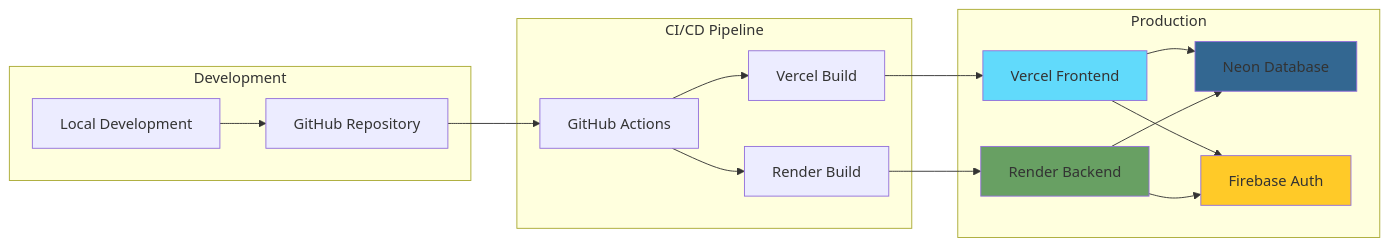
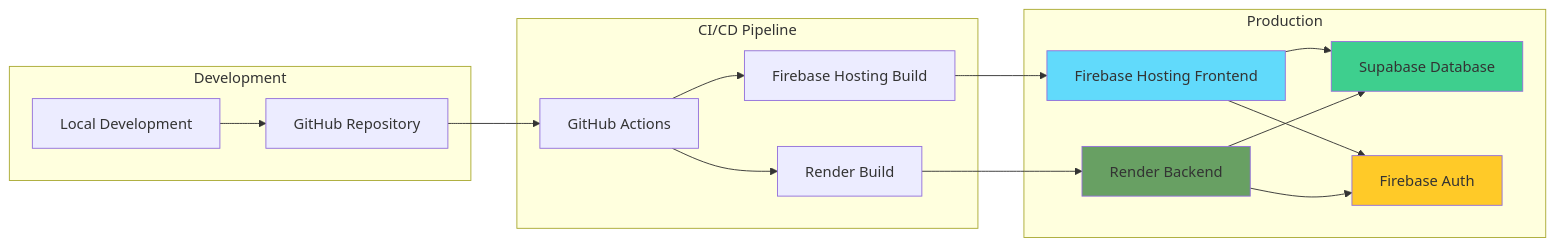
One commit to dawityifter/abune-aregawi changed the second of 4 diagrams in README.md. Above: the diagram before and after it, drawn with Mermaid. The commit also changed other lines of this file, not shown here.

Commit message:
docs(readme): migrate frontend from Vercel to Firebase Hosting; update URLs, CI/CD, monitoring, acknowledgments; bump version to 1.1.1

````diff
--- a/README.md
+++ b/README.md
@@ -274,26 +271,26 @@
 ```mermaid
 graph LR
     subgraph "Development"
         A[Local Development] --> B[GitHub Repository]
     end
     
     subgraph "CI/CD Pipeline"
         B --> C[GitHub Actions]
-        C --> D[Vercel Build]
+        C --> D[Firebase Hosting Build]
         C --> E[Render Build]
     end
     
     subgraph "Production"
-        D --> F[Vercel Frontend]
+        D --> F[Firebase Hosting Frontend]
         E --> G[Render Backend]
-        F --> H[Neon Database]
+        F --> H[Supabase Database]
         G --> H
         F --> I[Firebase Auth]
         G --> I
     end
     
     style F fill:#61dafb
     style G fill:#68a063
-    style H fill:#336791
+    style H fill:#3ecf8e
     style I fill:#ffca28
 ```
````
